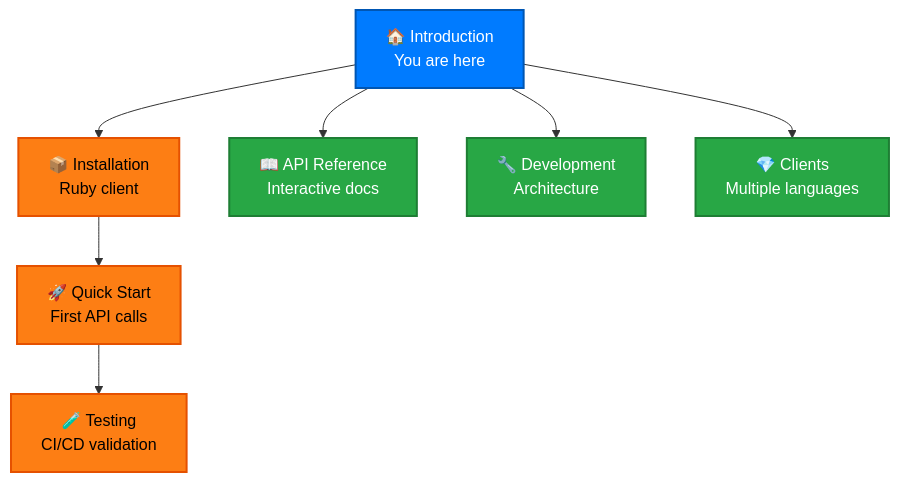
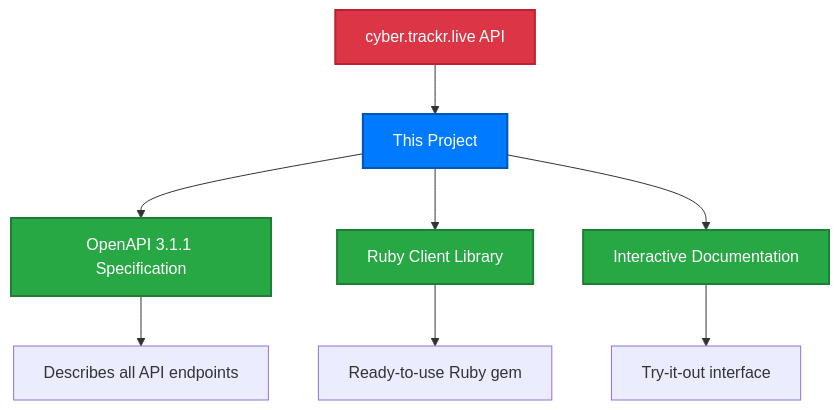
Before and after one commit to mitre/cyber-trackr-live: the diagram in docs/guide/index.md, drawn with Mermaid. The commit also changed other lines of this file, not shown here.

First line of the commit message:
docs: Improve guide introduction tone and clarity

````diff
--- a/docs/guide/index.md
+++ b/docs/guide/index.md
@@ -69,18 +9,17 @@
 ```mermaid
 graph TD
-    A[🏠 Introduction<br/>You are here] --> B[📦 Installation<br/>Ruby client]
-    B --> C[🚀 Quick Start<br/>First API calls]
-    C --> D[🧪 Testing<br/>CI/CD validation]
+    A[cyber.trackr.live API] --> B[This Project]
+    B --> C[OpenAPI 3.1.1 Specification]
+    B --> D[Ruby Client Library]
+    B --> E[Interactive Documentation]
     
-    A --> E[📖 API Reference<br/>Interactive docs]
-    A --> F[🔧 Development<br/>Architecture]
-    A --> G[💎 Clients<br/>Multiple languages]
+    C --> F[Describes all API endpoints]
+    D --> G[Ready-to-use Ruby gem]
+    E --> H[Try-it-out interface]
     
-    style A fill:#007bff,stroke:#0056b3,stroke-width:2px,color:#ffffff
-    style B fill:#fd7e14,stroke:#e55100,stroke-width:2px,color:#000000
-    style C fill:#fd7e14,stroke:#e55100,stroke-width:2px,color:#000000
-    style D fill:#fd7e14,stroke:#e55100,stroke-width:2px,color:#000000
+    style A fill:#dc3545,stroke:#bd2130,stroke-width:2px,color:#ffffff
+    style B fill:#007bff,stroke:#0056b3,stroke-width:2px,color:#ffffff
+    style C fill:#28a745,stroke:#1e7e34,stroke-width:2px,color:#ffffff
+    style D fill:#28a745,stroke:#1e7e34,stroke-width:2px,color:#ffffff
     style E fill:#28a745,stroke:#1e7e34,stroke-width:2px,color:#ffffff
-    style F fill:#28a745,stroke:#1e7e34,stroke-width:2px,color:#ffffff
-    style G fill:#28a745,stroke:#1e7e34,stroke-width:2px,color:#ffffff
 ```
````
